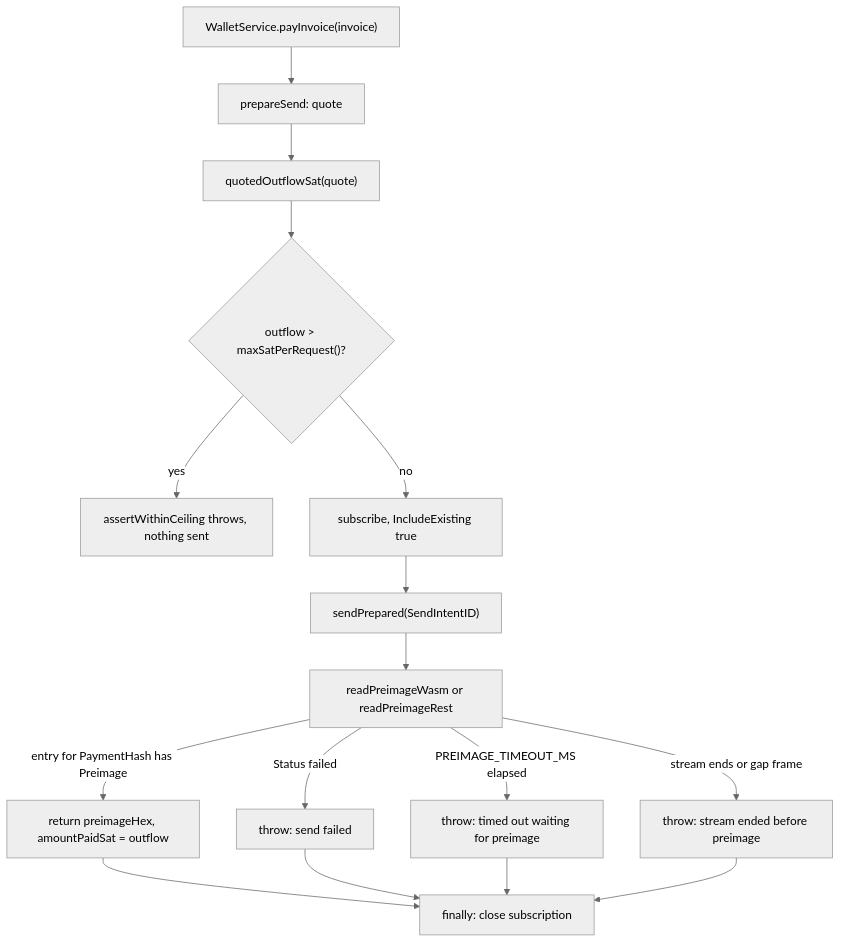
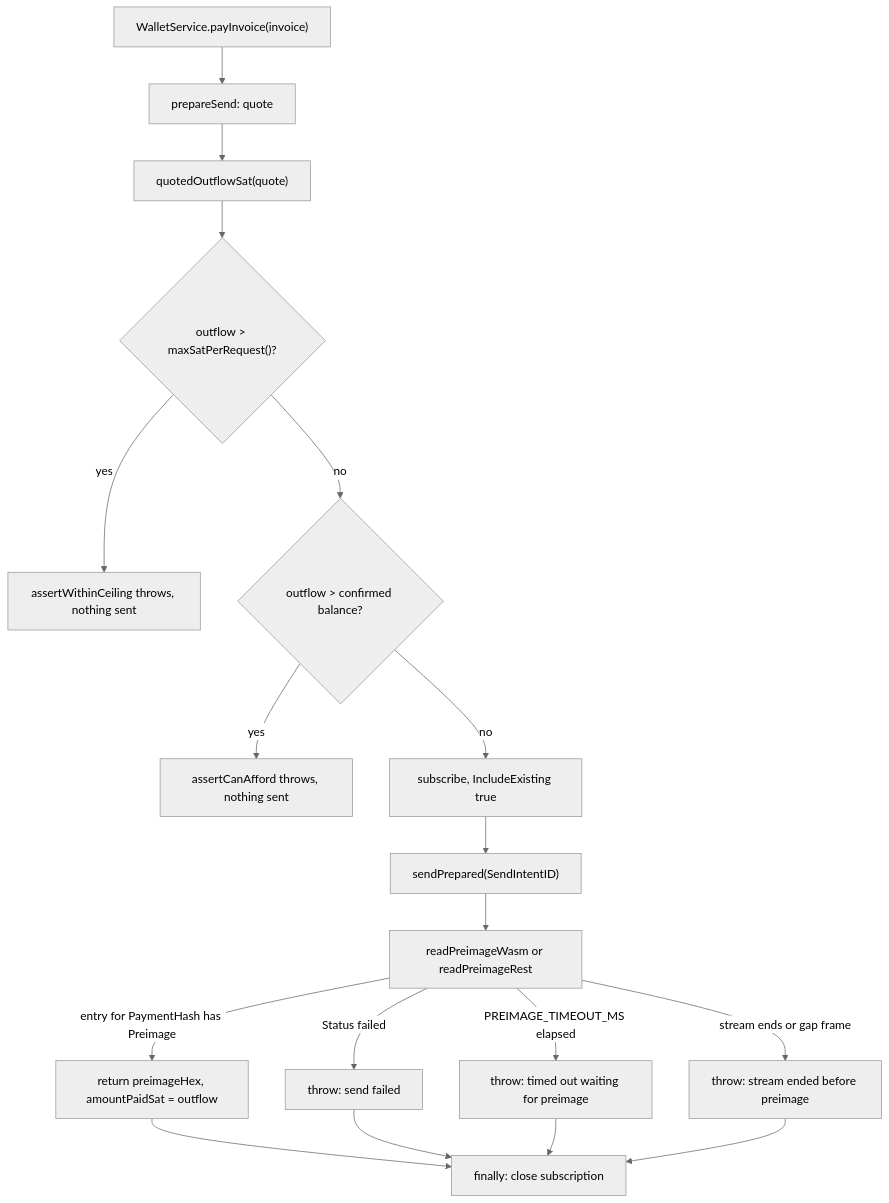
The eighth of 9 diagrams in docs/architecture.md (lightninglabs/pi-402), drawn with Mermaid (neutral theme) before and after one commit. The commit also changed other lines of this file and 4 other files, not shown here.

First line of the commit message:
wallet: refuse a payment the confirmed balance cannot cover

````diff
--- a/docs/architecture.md
+++ b/docs/architecture.md
@@ -418,18 +418,20 @@
 ```mermaid
 flowchart TD
     A["WalletService.payInvoice(invoice)"] --> B["prepareSend: quote"]
     B --> C["quotedOutflowSat(quote)"]
     C --> D{"outflow > maxSatPerRequest()?"}
     D -->|"yes"| X["assertWithinCeiling throws, nothing sent"]
-    D -->|"no"| E["subscribe, IncludeExisting true"]
+    D -->|"no"| K{"outflow > confirmed balance?"}
+    K -->|"yes"| X2["assertCanAfford throws, nothing sent"]
+    K -->|"no"| E["subscribe, IncludeExisting true"]
     E --> F["sendPrepared(SendIntentID)"]
     F --> G["readPreimageWasm or readPreimageRest"]
     G -->|"entry for PaymentHash has Preimage"| H["return preimageHex, amountPaidSat = outflow"]
     G -->|"Status failed"| Y["throw: send failed"]
     G -->|"PREIMAGE_TIMEOUT_MS elapsed"| Z["throw: timed out waiting for preimage"]
     G -->|"stream ends or gap frame"| W["throw: stream ended before preimage"]
     H --> I["finally: close subscription"]
     Y --> I
     Z --> I
     W --> I
 ```
````
